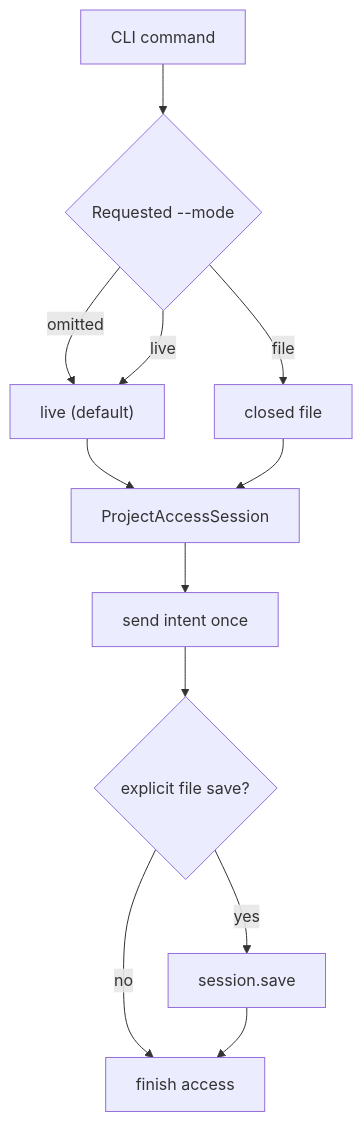
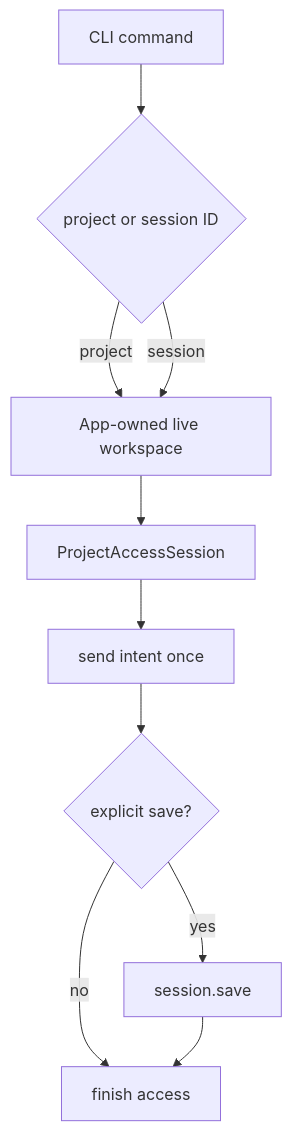
Before and after one commit to 1amageek/Rupa: diagram 23 of 26 in Rupa/SPEC.md, drawn with Mermaid. The commit also changed other lines of this file and 133 other files, not shown here.

````diff
--- a/Rupa/SPEC.md
+++ b/Rupa/SPEC.md
@@ -1217,14 +1206,12 @@
 ```mermaid
 flowchart TD
-    Start["CLI command"] --> Mode{"Requested --mode"}
-    Mode -->|omitted| Live["live (default)"]
-    Mode -->|live| Live
-    Mode -->|file| File["closed file"]
+    Start["CLI command"] --> Target{"project or session ID"}
+    Target -->|project| Live["App-owned live workspace"]
+    Target -->|session| Live
     Live --> Session["ProjectAccessSession"]
-    File --> Session
     Session --> Send["send intent once"]
-    Send --> Save{"explicit file save?"}
+    Send --> Save{"explicit save?"}
     Save -->|no| Finish["finish access"]
     Save -->|yes| Persist["session.save"]
     Persist --> Finish
 ```
````
